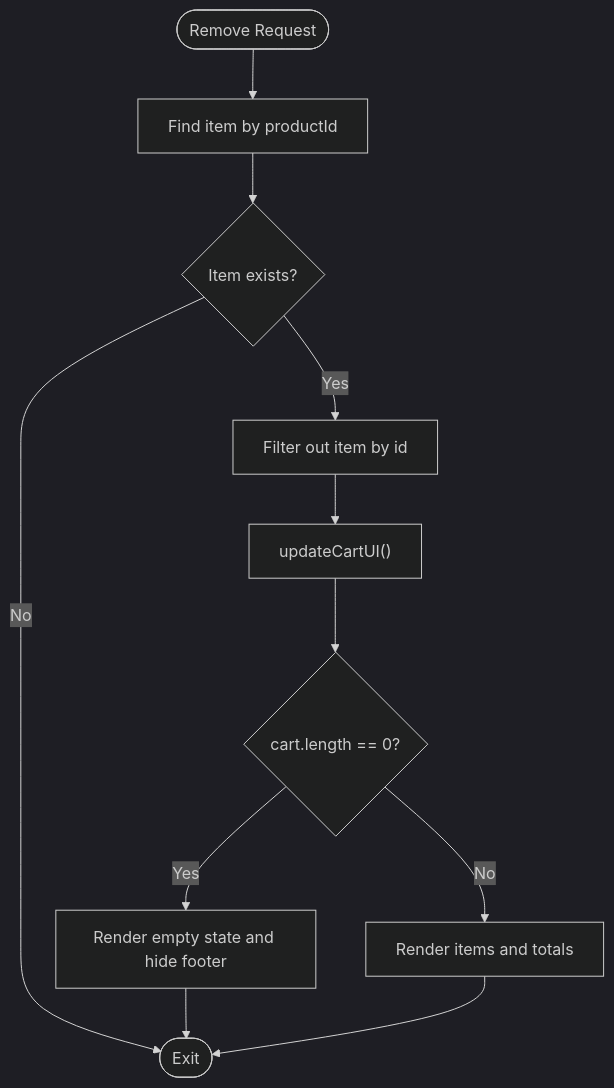
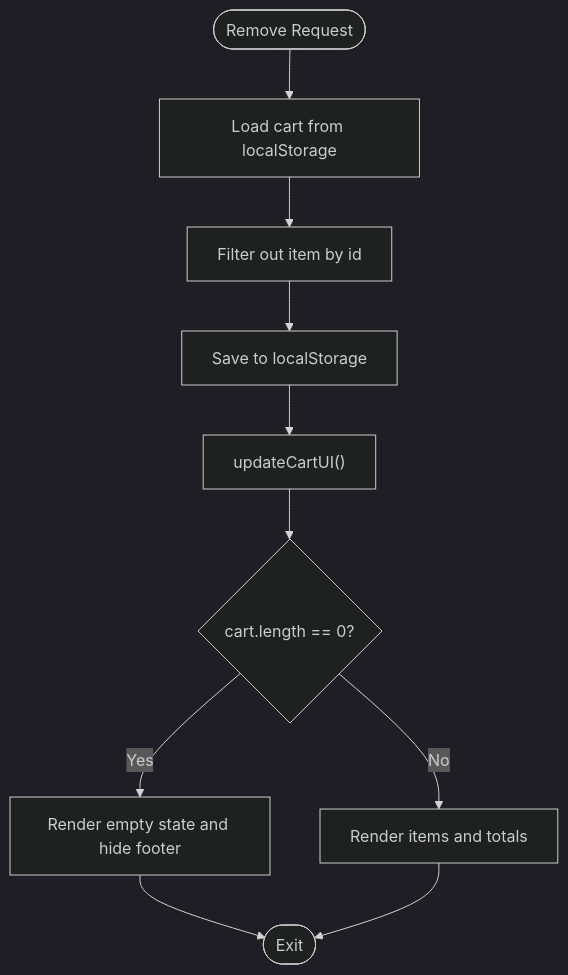
The fourth of 7 diagrams in .qoder/repowiki/en/content/User Interface Components/Interactive Elements/Shopping Cart Sidebar/Cart State Management.md (queenflowerhk/queenflowerhk.github.io), drawn with Mermaid (dark theme) before and after one commit. The commit also changed other lines of this file and 36 other files, not shown here.

````diff
--- a/.qoder/repowiki/en/content/User Interface Components/Interactive Elements/Shopping Cart Sidebar/Cart State Management.md
+++ b/.qoder/repowiki/en/content/User Interface Components/Interactive Elements/Shopping Cart Sidebar/Cart State Management.md
@@ -200,13 +216,12 @@
 ```mermaid
 flowchart TD
-Start(["Remove Request"]) --> FindItem["Find item by productId"]
-FindItem --> Exists{"Item exists?"}
-Exists -- "No" --> End(["Exit"])
-Exists -- "Yes" --> Filter["Filter out item by id"]
-Filter --> UpdateUI["updateCartUI()"]
+Start(["Remove Request"]) --> Load["Load cart from localStorage"]
+Load --> Filter["Filter out item by id"]
+Filter --> Save["Save to localStorage"]
+Save --> UpdateUI["updateCartUI()"]
 UpdateUI --> CheckEmpty{"cart.length == 0?"}
 CheckEmpty -- "Yes" --> ShowEmpty["Render empty state and hide footer"]
 CheckEmpty -- "No" --> RenderItems["Render items and totals"]
-ShowEmpty --> End
+ShowEmpty --> End(["Exit"])
 RenderItems --> End
 ```
````
